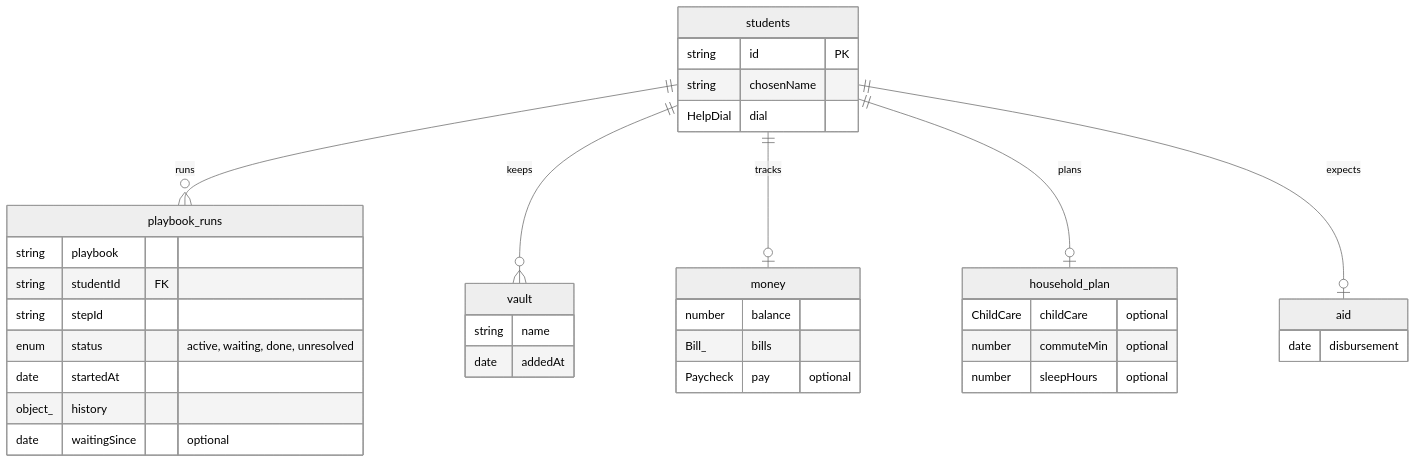
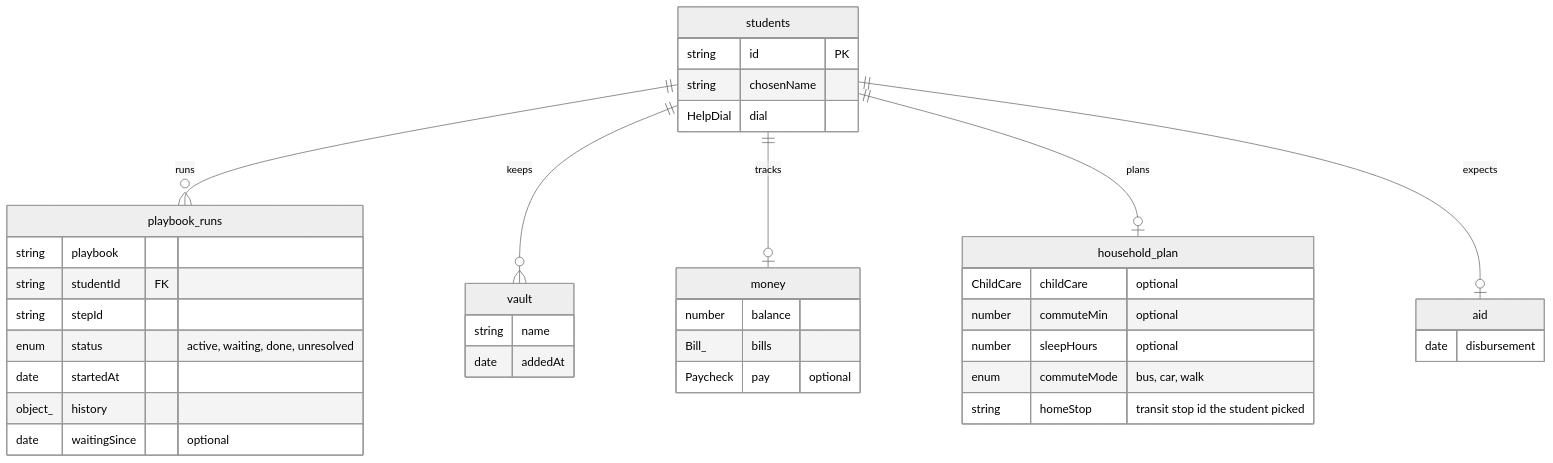
One commit to russlittle/ZTHR changed the fourth of 7 diagrams in docs/data-model.md. Above: the diagram before and after it, drawn with Mermaid (neutral theme). The commit also changed other lines of this file and 54 other files, not shown here.

````diff
--- a/docs/data-model.md
+++ b/docs/data-model.md
@@ -152,35 +152,37 @@
 ```mermaid
 erDiagram
   students { string id PK  string chosenName  HelpDial dial }
   playbook_runs {
     string playbook
     string studentId FK
     string stepId
     enum status "active, waiting, done, unresolved"
     date startedAt
     object_ history
     date waitingSince "optional"
   }
   vault {
     string name
     date addedAt
   }
   money {
     number balance
     Bill_ bills
     Paycheck pay "optional"
   }
   household_plan {
     ChildCare childCare "optional"
     number commuteMin "optional"
     number sleepHours "optional"
+    enum commuteMode "bus, car, walk"
+    string homeStop "transit stop id the student picked"
   }
   aid {
     date disbursement
   }
   students ||--o{ playbook_runs : "runs"
   students ||--o{ vault : "keeps"
   students ||--o| money : "tracks"
   students ||--o| household_plan : "plans"
   students ||--o| aid : "expects"
 ```
````
